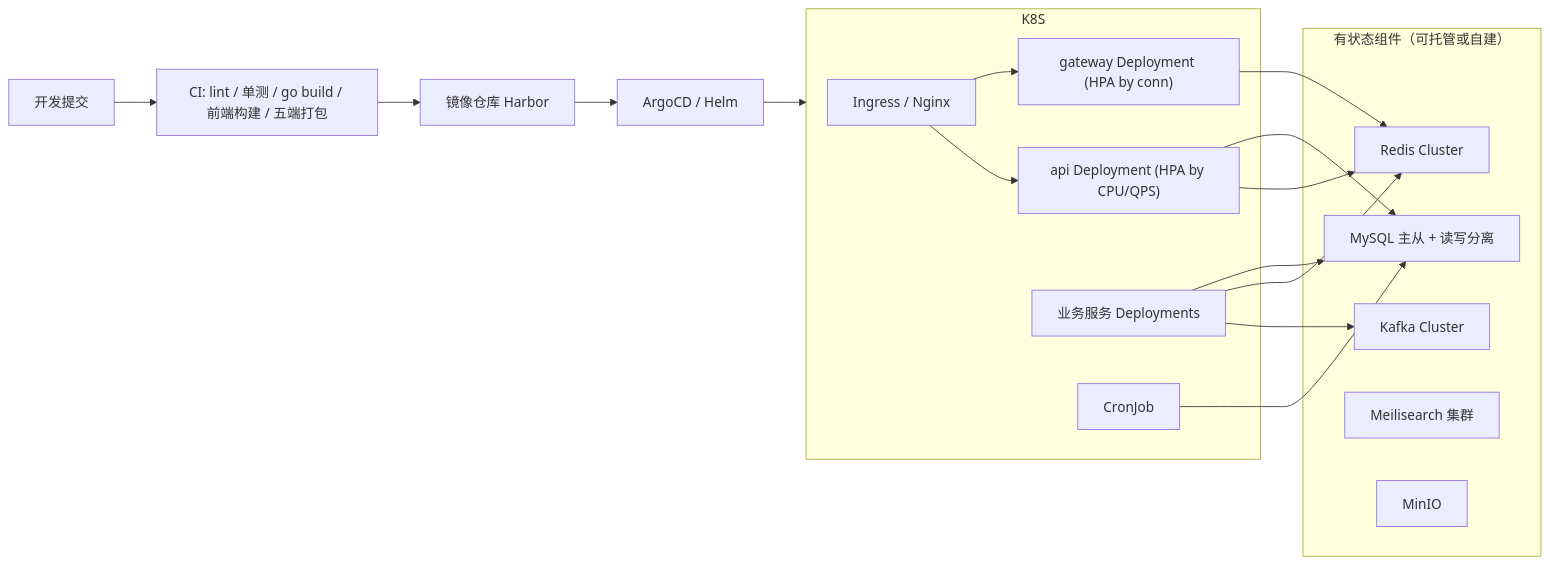
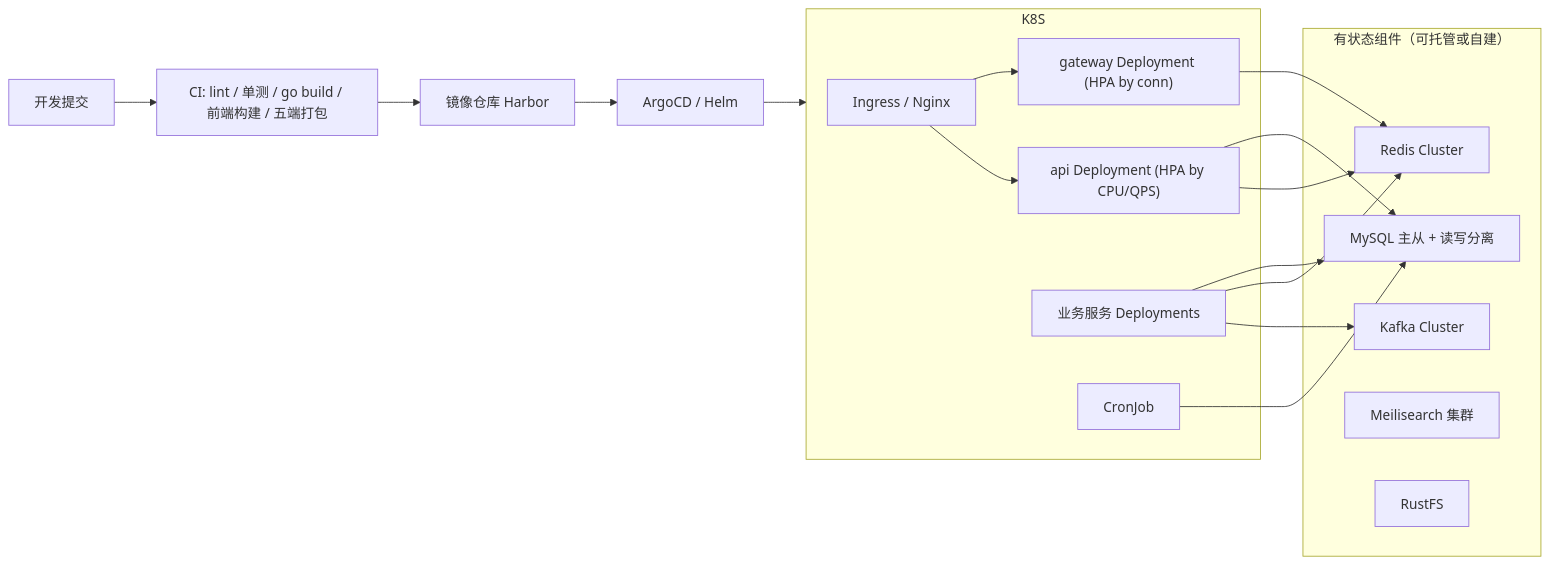
Diagram 11 of 12 in docs/02-技术架构文档.md (xiaoniuyun/NexIM), drawn with Mermaid before and after one commit. The commit also changed other lines of this file and 1874 other files, not shown here.

````diff
--- a/docs/02-技术架构文档.md
+++ b/docs/02-技术架构文档.md
@@ -1113,30 +1113,30 @@
 ```mermaid
 flowchart LR
     DEV["开发提交"] --> CI["CI: lint / 单测 / go build / 前端构建 / 五端打包"]
     CI --> IMG["镜像仓库 Harbor"]
     IMG --> CD["ArgoCD / Helm"]
     CD --> K8S["K8s 集群"]
     subgraph K8S
         ING["Ingress / Nginx"]
         GW["gateway Deployment (HPA by conn)"]
         API["api Deployment (HPA by CPU/QPS)"]
         SVC["业务服务 Deployments"]
         JOB["CronJob"]
     end
     subgraph Stateful["有状态组件（可托管或自建）"]
         MY["MySQL 主从 + 读写分离"]
         RD["Redis Cluster"]
         KF["Kafka Cluster"]
         SEA["Meilisearch 集群"]
-        MN["MinIO"]
+        MN["RustFS"]
     end
     ING --> GW
     ING --> API
     GW --> RD
     API --> MY
     API --> RD
     SVC --> MY
     SVC --> RD
     SVC --> KF
     JOB --> MY
 ```
````
